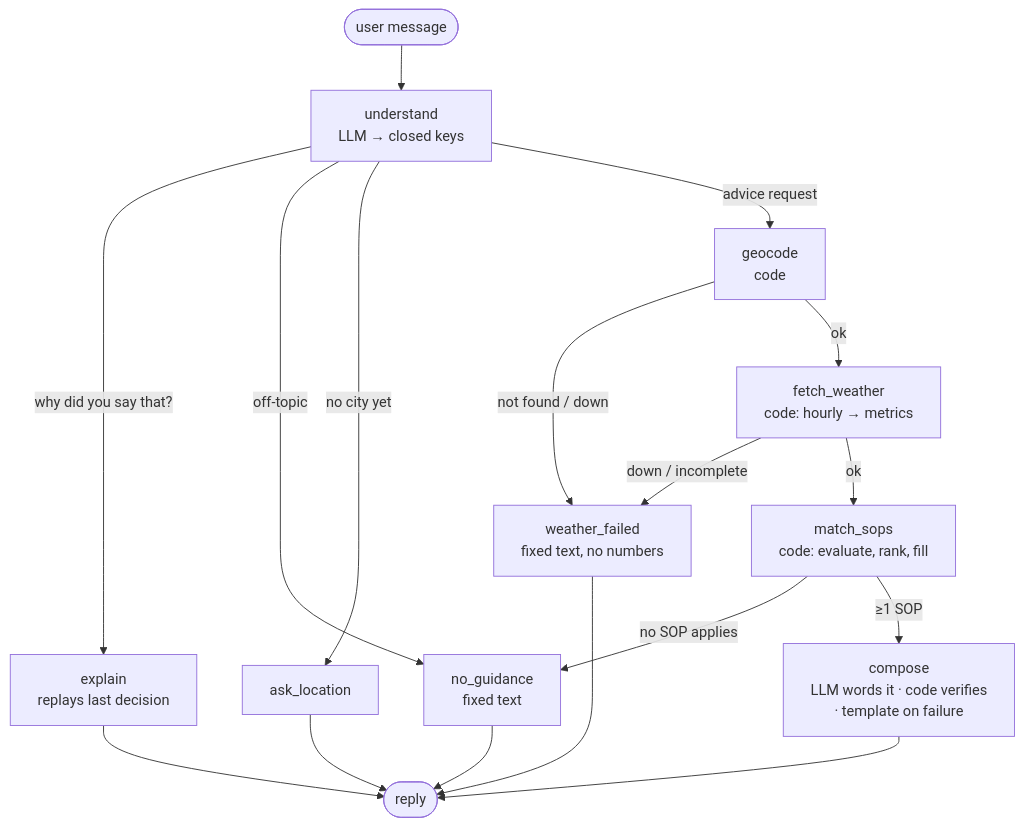
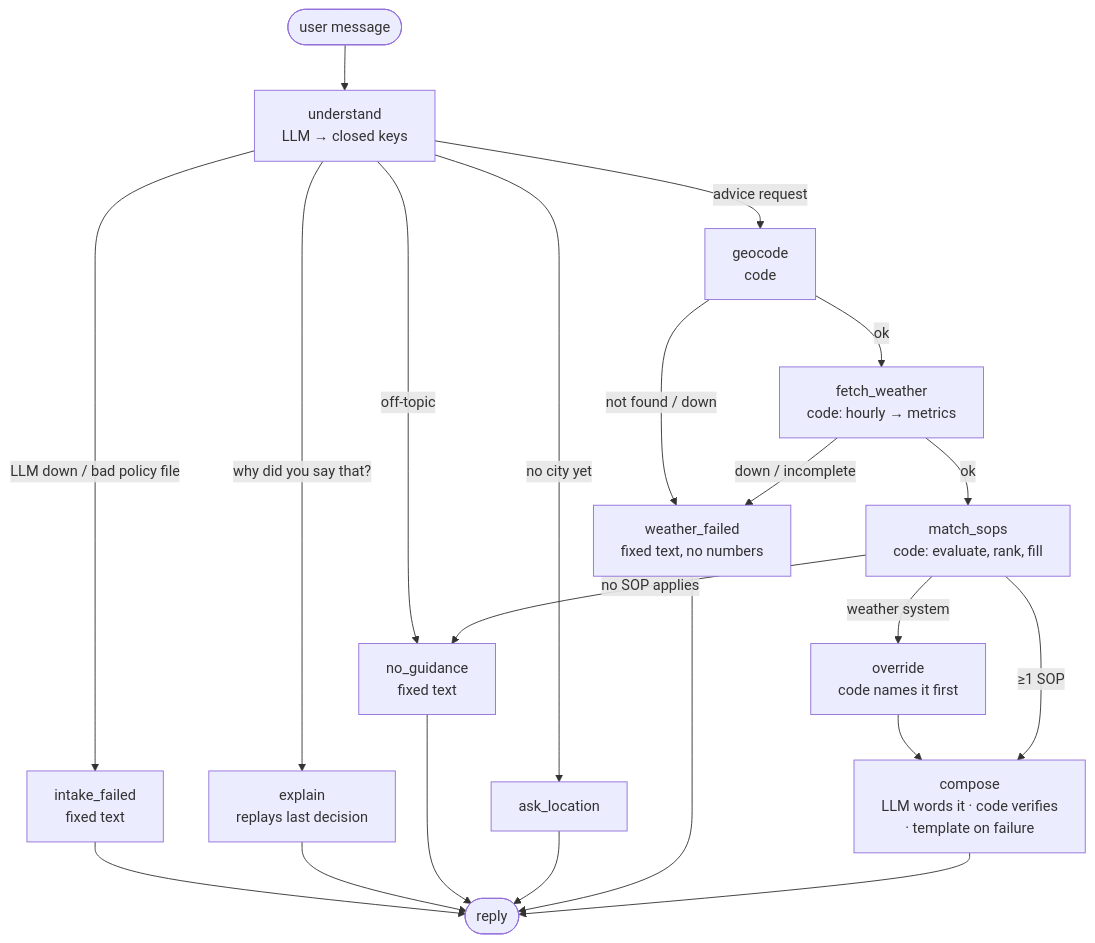
Before and after one commit to SuisideSpirit/MediBuddy-: the diagram in README.md, drawn with Mermaid. The commit also changed other lines of this file and 25 other files, not shown here.

First line of the commit message:
Align with reference guide: Pydantic SOP schema, sops/ folder, override + intake-failure branches, pytest

````diff
--- a/README.md
+++ b/README.md
@@ -69,19 +74,23 @@
 ```mermaid
 flowchart TD
     START([user message]) --> understand["understand<br/>LLM → closed keys"]
+    understand -->|LLM down / bad policy file| intake_failed["intake_failed<br/>fixed text"]
     understand -->|"why did you say that?"| explain["explain<br/>replays last decision"]
     understand -->|off-topic| no_guidance
     understand -->|no city yet| ask_location
     understand -->|advice request| geocode["geocode<br/>code"]
     geocode -->|not found / down| weather_failed["weather_failed<br/>fixed text, no numbers"]
     geocode -->|ok| fetch_weather["fetch_weather<br/>code: hourly → metrics"]
     fetch_weather -->|down / incomplete| weather_failed
     fetch_weather -->|ok| match_sops["match_sops<br/>code: evaluate, rank, fill"]
     match_sops -->|no SOP applies| no_guidance["no_guidance<br/>fixed text"]
+    match_sops -->|weather system| override["override<br/>code names it first"]
+    override --> compose
     match_sops -->|≥1 SOP| compose["compose<br/>LLM words it · code verifies<br/>· template on failure"]
+    intake_failed --> END
     explain --> END([reply])
     no_guidance --> END
     ask_location --> END
     weather_failed --> END
     compose --> END
 ```
````
